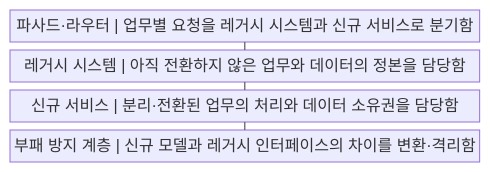
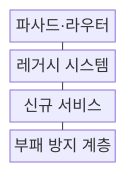
One commit to agnusdei1207/knowledge-base changed the first of 2 diagrams in src/content/docs/notes/03-software/219_strangler_fig_pattern.md. Above: the diagram before and after it, drawn with Mermaid. The commit also changed other lines of this file and 238 other files, not shown here.

````diff
--- a/src/content/docs/notes/03-software/219_strangler_fig_pattern.md
+++ b/src/content/docs/notes/03-software/219_strangler_fig_pattern.md
@@ -52,11 +52,11 @@
 ```mermaid
-block
+block-beta
     columns 1
-    A["파사드·라우터 | 업무별 요청을 레거시 시스템과 신규 서비스로 분기함"]
-    B["레거시 시스템 | 아직 전환하지 않은 업무와 데이터의 정본을 담당함"]
-    C["신규 서비스 | 분리·전환된 업무의 처리와 데이터 소유권을 담당함"]
-    D["부패 방지 계층 | 신규 모델과 레거시 인터페이스의 차이를 변환·격리함"]
+    A["파사드·라우터"]
+    B["레거시 시스템"]
+    C["신규 서비스"]
+    D["부패 방지 계층"]
     A --- B
     B --- C
     C --- D
 ```
````
